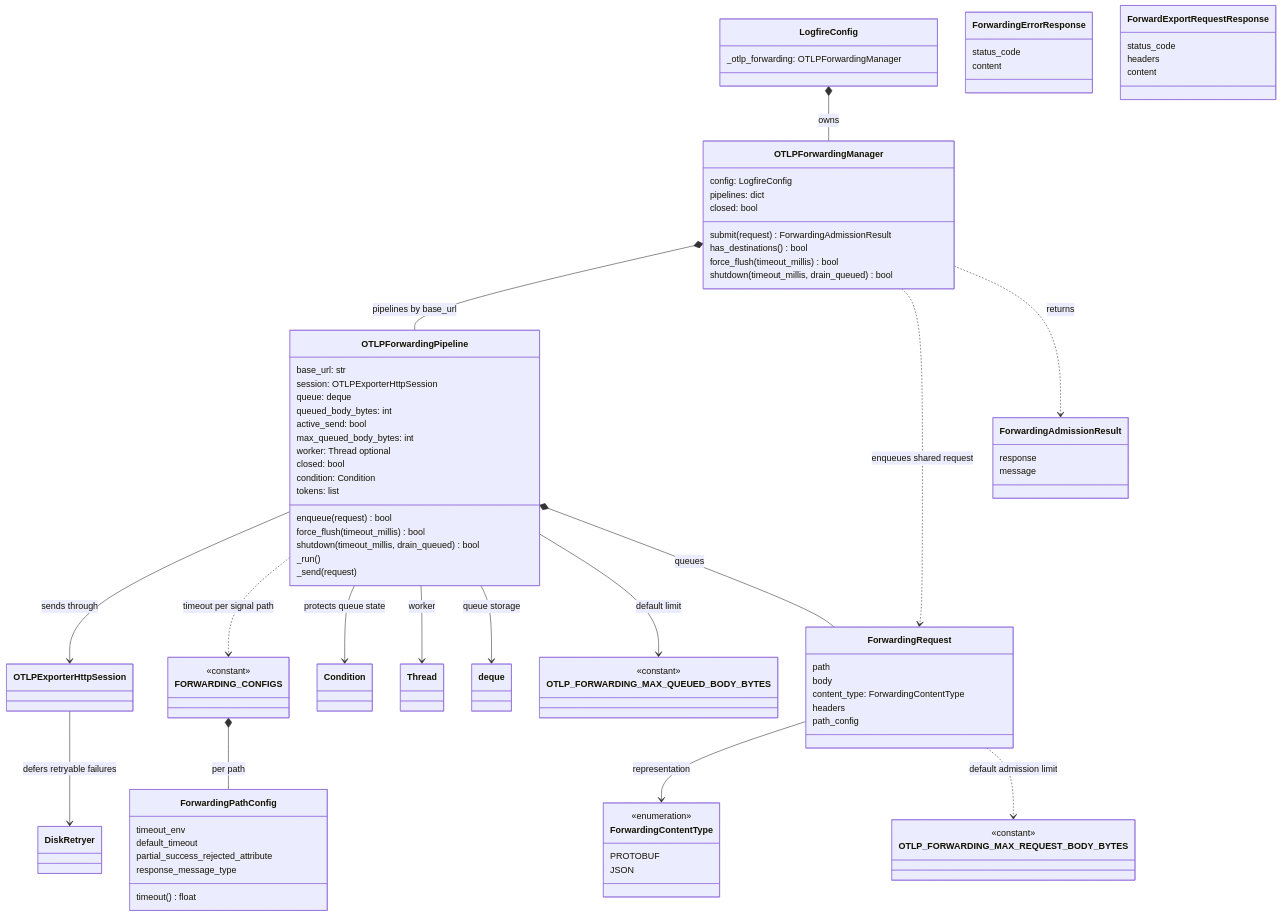
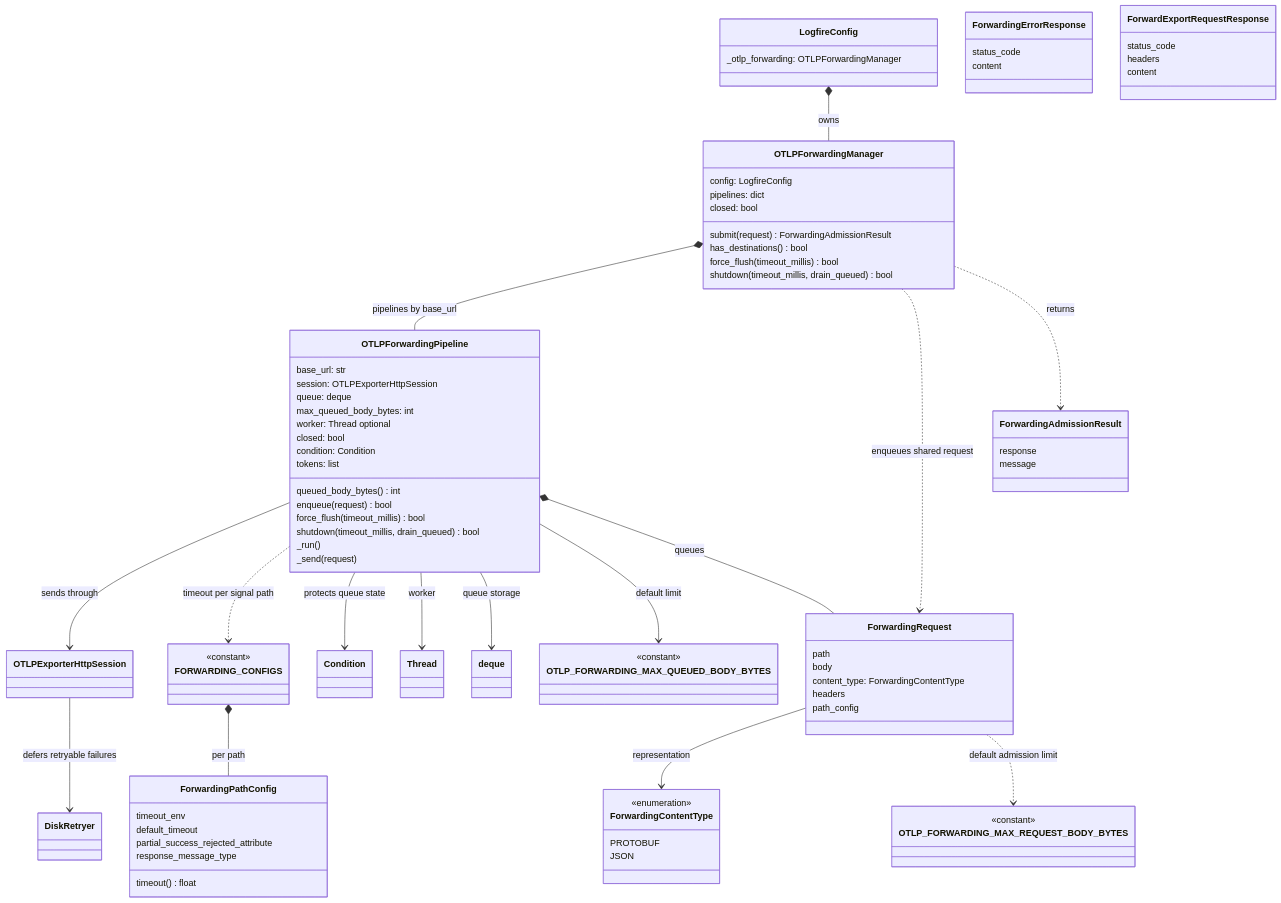
The third of 5 diagrams in specs/browser-telemetry-forwarding-first-pass/diagrams.md (pydantic/logfire), drawn with Mermaid before and after one commit. The commit also changed other lines of this file and 3 other files, not shown here.

```diff
--- a/specs/browser-telemetry-forwarding-first-pass/diagrams.md
+++ b/specs/browser-telemetry-forwarding-first-pass/diagrams.md
@@ -87,8 +85,7 @@
         base_url: str
         session: OTLPExporterHttpSession
         queue: deque
-        queued_body_bytes: int
-        active_send: bool
+        queued_body_bytes() int
         max_queued_body_bytes: int
         worker: Thread optional
         closed: bool
```
